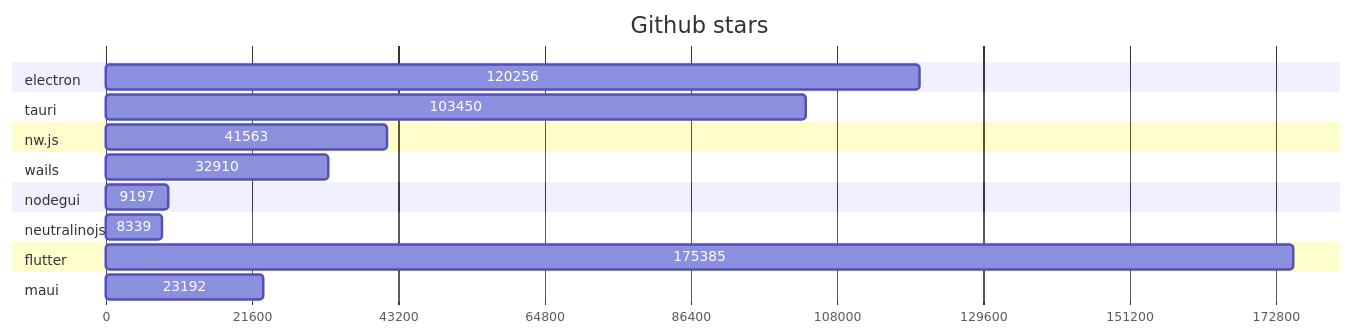
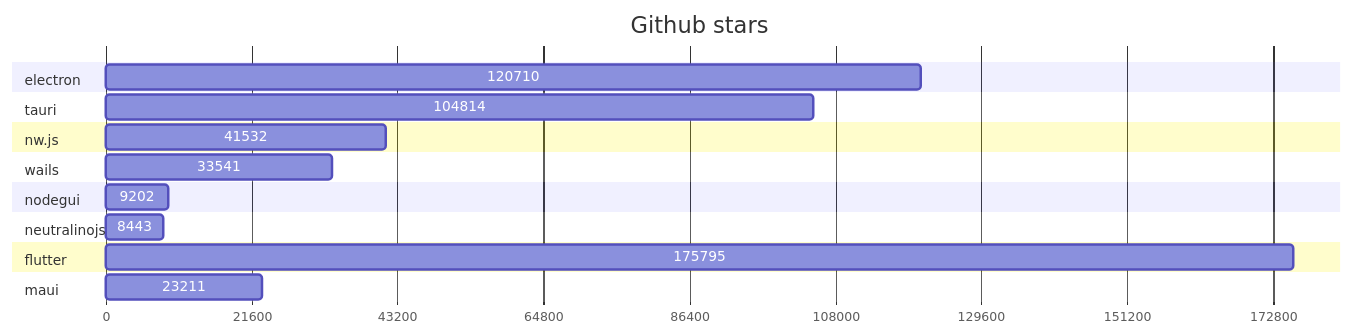
One commit to vlad-lubenskyi/web-to-desktop-framework-comparison changed the first of 2 diagrams in GRAPHS.md. Above: the diagram before and after it, drawn with Mermaid. The commit also changed other lines of this file and 2 other files, not shown here.

Commit message:
Update stars & Fork

````diff
--- a/GRAPHS.md
+++ b/GRAPHS.md
@@ -5,40 +5,40 @@
 ```mermaid
 gantt
     title Github stars
     dateFormat  X
     axisFormat %s
 
 
 	section electron
-	120256 : 0, 120256
+	120710 : 0, 120710
 
 	
 	section tauri
-	103450 : 0, 103450
+	104814 : 0, 104814
 
 	
 	section nw.js
-	41563 : 0, 41563
+	41532 : 0, 41532
 
 	
 	section wails
-	32910 : 0, 32910
+	33541 : 0, 33541
 
 	
 	section nodegui
-	9197 : 0, 9197
+	9202 : 0, 9202
 
 	
 	section neutralinojs
-	8339 : 0, 8339
+	8443 : 0, 8443
 
 	
 	section flutter
-	175385 : 0, 175385
+	175795 : 0, 175795
 
 	
 	section maui
-	23192 : 0, 23192
+	23211 : 0, 23211
 
 	
 ```
````
